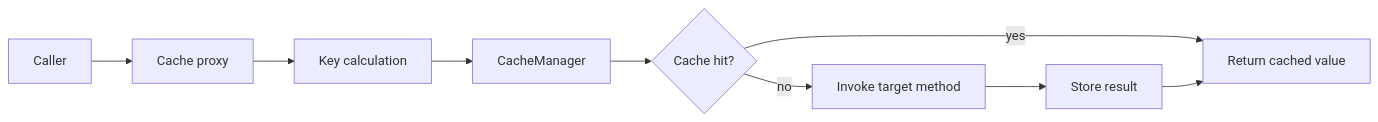
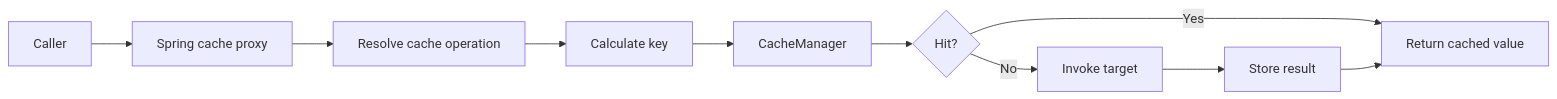
Before and after one commit to alimbetov/obsidian: the first of 3 diagrams in 10_CONCEPTS/Spring/Cache/Spring Cache with Caffeine and Redis.md, drawn with Mermaid. The commit also changed other lines of this file, not shown here.

Commit message:
Correct and strengthen Spring cache semantics

````diff
--- a/10_CONCEPTS/Spring/Cache/Spring Cache with Caffeine and Redis.md
+++ b/10_CONCEPTS/Spring/Cache/Spring Cache with Caffeine and Redis.md
@@ -41,11 +41,12 @@
 ```mermaid
 flowchart LR
-    C[Caller] --> P[Cache proxy]
-    P --> K[Key calculation]
+    C[Caller] --> P[Spring cache proxy]
+    P --> O[Resolve cache operation]
+    O --> K[Calculate key]
     K --> M[CacheManager]
-    M --> H{Cache hit?}
-    H -->|yes| R[Return cached value]
-    H -->|no| T[Invoke target method]
+    M --> H{Hit?}
+    H -->|Yes| R[Return cached value]
+    H -->|No| T[Invoke target]
     T --> S[Store result]
     S --> R
 ```
````
